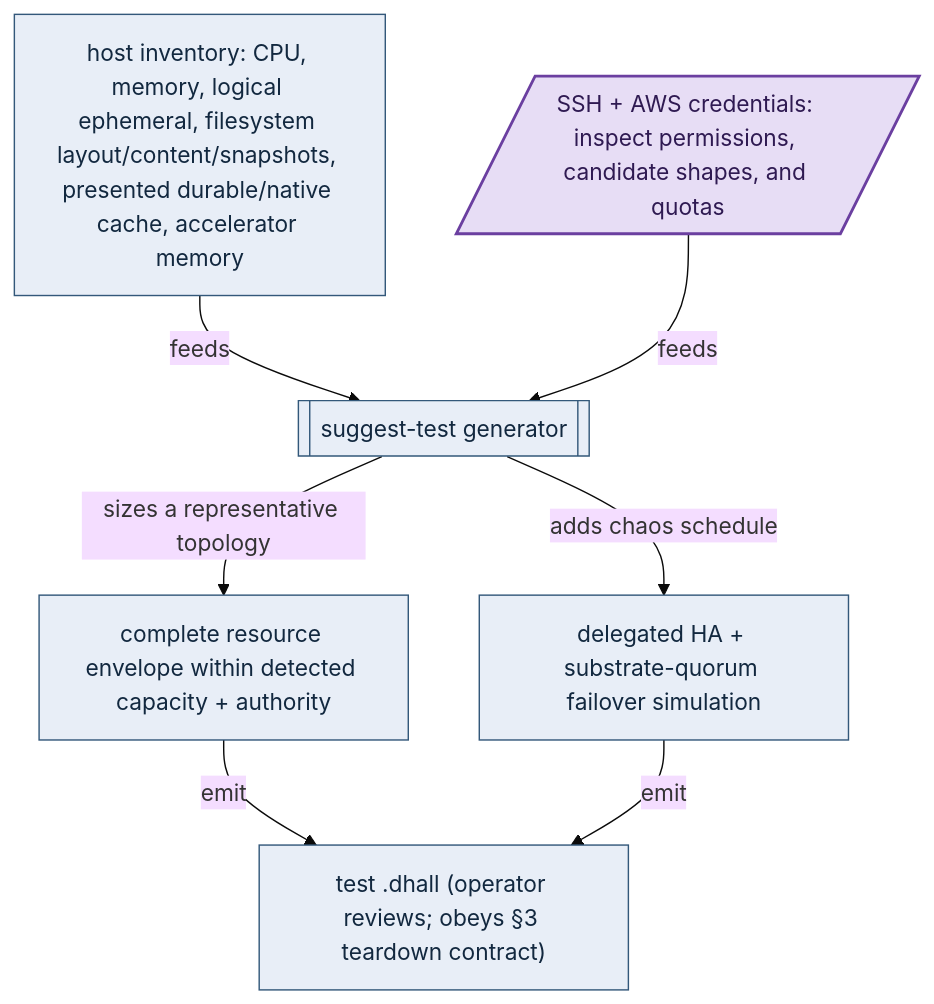
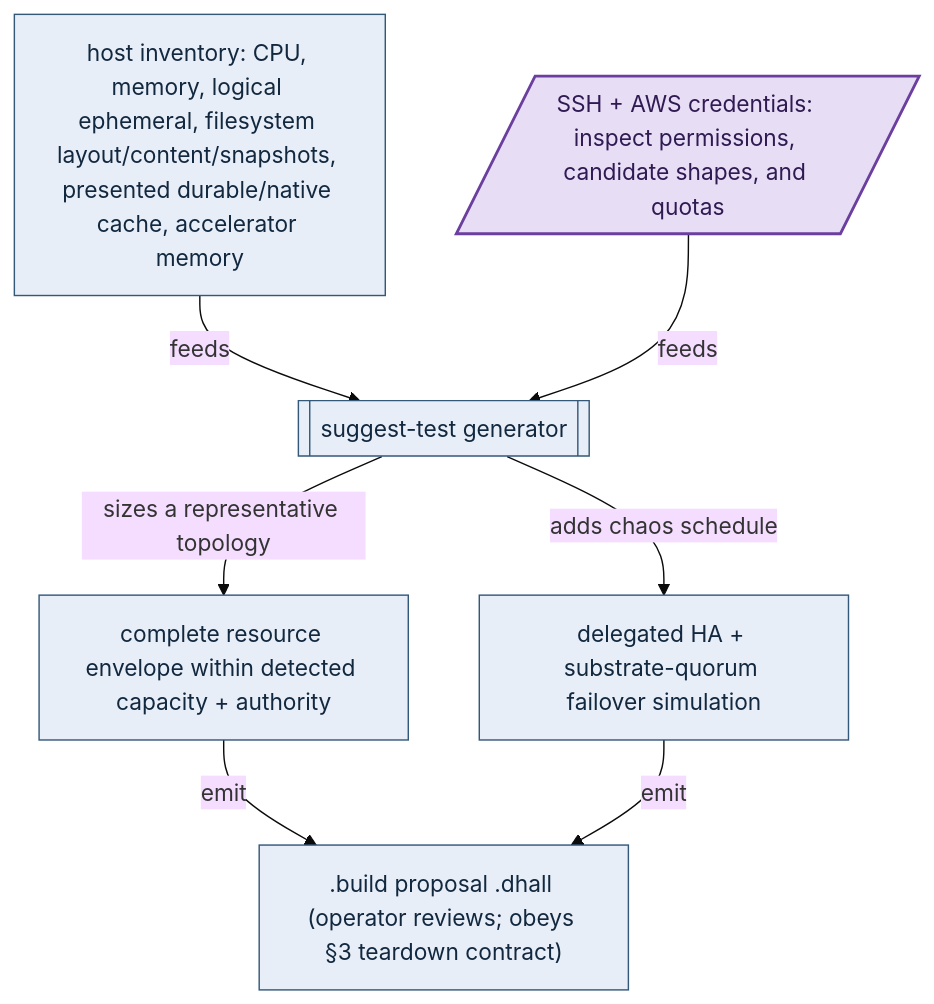
The third of 4 diagrams in documents/engineering/testing_doctrine.md (Tuee22/amoebius), drawn with Mermaid (base theme) before and after one commit. The commit also changed other lines of this file and 219 other files, not shown here.

````diff
--- a/documents/engineering/testing_doctrine.md
+++ b/documents/engineering/testing_doctrine.md
@@ -420,12 +316,12 @@
 ```mermaid
 flowchart TD
 %% register: algebra
   host["host inventory: CPU, memory, logical ephemeral, filesystem layout/content/snapshots, presented durable/native cache, accelerator memory"]:::intent -->|feeds| gen[["suggest-test generator"]]:::intent
   creds[/"SSH + AWS credentials: inspect permissions, candidate shapes, and quotas"/]:::effect -->|feeds| gen
   gen -->|sizes a representative topology| res["complete resource envelope within detected capacity + authority"]:::intent
   gen -->|adds chaos schedule| chaos["delegated HA + substrate-quorum failover simulation"]:::intent
-  res -->|emit| out["test .dhall (operator reviews; obeys §3 teardown contract)"]:::intent
+  res -->|emit| out[".build proposal .dhall (operator reviews; obeys §3 teardown contract)"]:::intent
   chaos -->|emit| out
   classDef intent   fill:#e8eef7,stroke:#33587a,color:#12283f,stroke-width:1px
   classDef effect   fill:#e7ddf5,stroke:#6b3fa0,color:#2f1a52,stroke-width:2px
 ```
````
